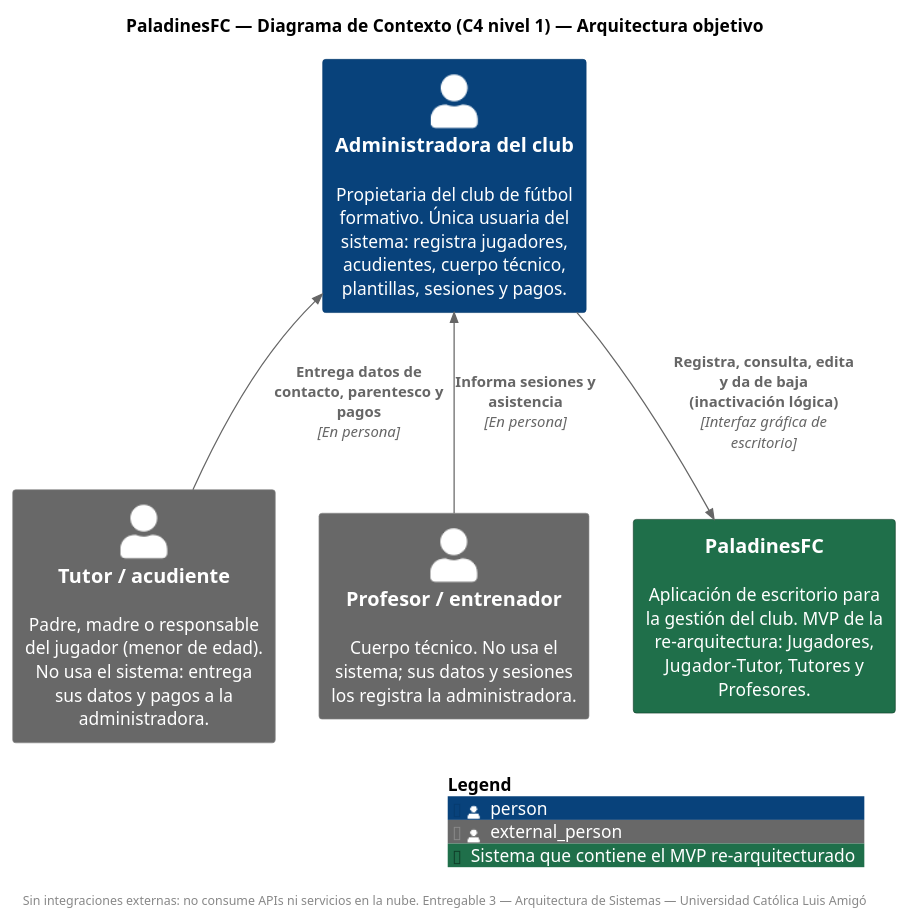
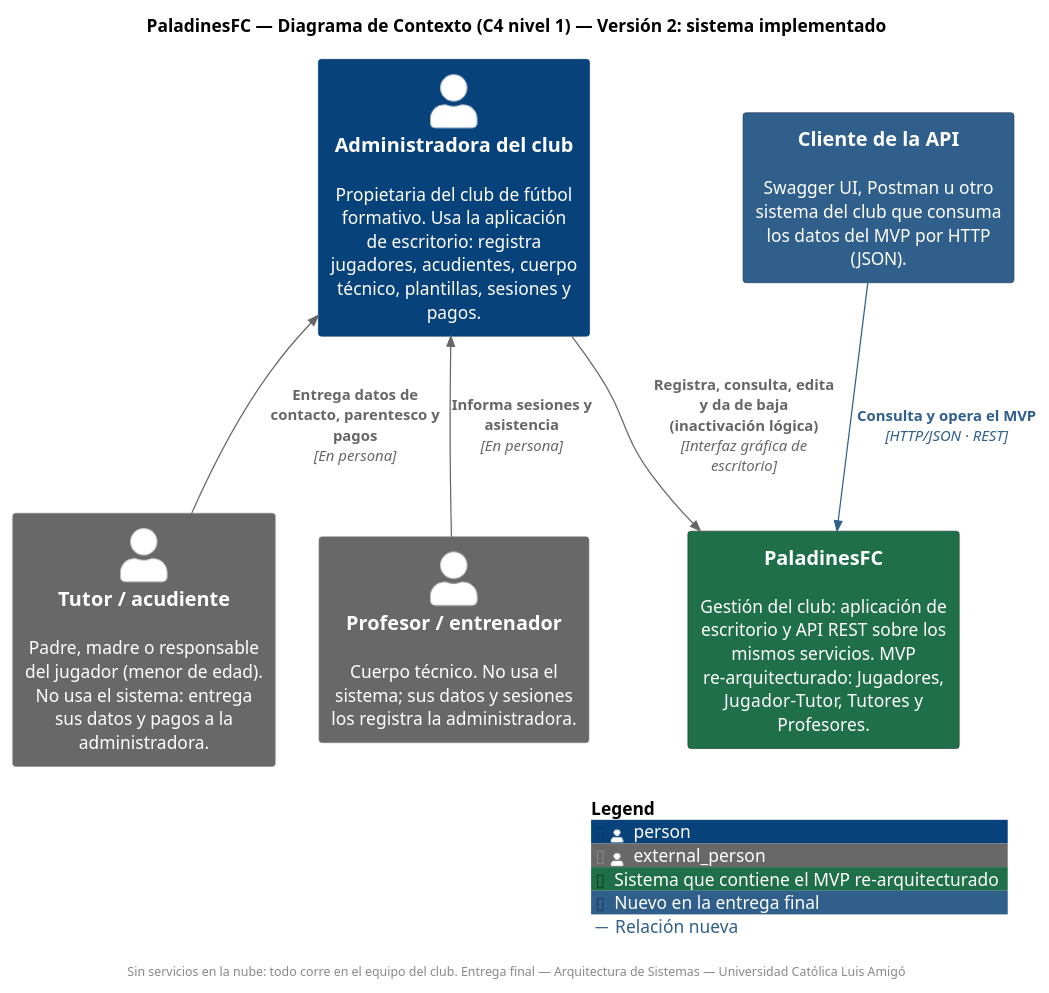
One commit to MarianaA27/ClubDeFutbol__ changed the diagram in docs/diagramas/fuentes/c4-1-contexto.puml. Above: the diagram before and after it, drawn with PlantUML. The commit also changed 11 other files, not shown here.

Commit message:
docs(diagramas): C4 versión 2 y despliegue con lo implementado

```diff
--- a/docs/diagramas/fuentes/c4-1-contexto.puml
+++ b/docs/diagramas/fuentes/c4-1-contexto.puml
@@ -1,23 +1,27 @@
 @startuml c4-1-contexto
 !include <C4/C4_Context>
-' PaladinesFC — C4 Nivel 1: Contexto (versión 1, arquitectura OBJETIVO)
+' PaladinesFC — C4 Nivel 1: Contexto (versión 2: cómo quedó el sistema)
 ' Editable: este archivo. Exportar: java -jar plantuml.jar -tpng -tsvg *.puml
 
 LAYOUT_TOP_DOWN()
 AddElementTag("mvp", $bgColor="#1f6f4a", $borderColor="#0f3d28", $fontColor="#ffffff", $legendText="Sistema que contiene el MVP re-arquitecturado")
+AddElementTag("nuevo", $bgColor="#2f5f8a", $borderColor="#1b3a57", $fontColor="#ffffff", $legendText="Nuevo en la entrega final")
+AddRelTag("nuevo", $textColor="#2f5f8a", $lineColor="#2f5f8a", $legendText="Relación nueva")
 
-title PaladinesFC — Diagrama de Contexto (C4 nivel 1) — Arquitectura objetivo
+title PaladinesFC — Diagrama de Contexto (C4 nivel 1) — Versión 2: sistema implementado
 
-Person(admin, "Administradora del club", "Propietaria del club de fútbol formativo. Única usuaria del sistema: registra jugadores, acudientes, cuerpo técnico, plantillas, sesiones y pagos.")
+Person(admin, "Administradora del club", "Propietaria del club de fútbol formativo. Usa la aplicación de escritorio: registra jugadores, acudientes, cuerpo técnico, plantillas, sesiones y pagos.")
 Person_Ext(tutor, "Tutor / acudiente", "Padre, madre o responsable del jugador (menor de edad). No usa el sistema: entrega sus datos y pagos a la administradora.")
 Person_Ext(profesor, "Profesor / entrenador", "Cuerpo técnico. No usa el sistema; sus datos y sesiones los registra la administradora.")
+System_Ext(cliente, "Cliente de la API", "Swagger UI, Postman u otro sistema del club que consuma los datos del MVP por HTTP (JSON).", $tags="nuevo")
 
-System(paladines, "PaladinesFC", "Aplicación de escritorio para la gestión del club. MVP de la re-arquitectura: Jugadores, Jugador–Tutor, Tutores y Profesores.", $tags="mvp")
+System(paladines, "PaladinesFC", "Gestión del club: aplicación de escritorio y API REST sobre los mismos servicios. MVP re-arquitecturado: Jugadores, Jugador–Tutor, Tutores y Profesores.", $tags="mvp")
 
 Rel(admin, paladines, "Registra, consulta, edita y da de baja (inactivación lógica)", "Interfaz gráfica de escritorio")
+Rel(cliente, paladines, "Consulta y opera el MVP", "HTTP/JSON · REST", $tags="nuevo")
 Rel_Up(tutor, admin, "Entrega datos de contacto, parentesco y pagos", "En persona")
 Rel_Up(profesor, admin, "Informa sesiones y asistencia", "En persona")
 
 SHOW_LEGEND()
-footer Sin integraciones externas: no consume APIs ni servicios en la nube. Entregable 3 — Arquitectura de Sistemas — Universidad Católica Luis Amigó
+footer Sin servicios en la nube: todo corre en el equipo del club. Entrega final — Arquitectura de Sistemas — Universidad Católica Luis Amigó
 @enduml
```
